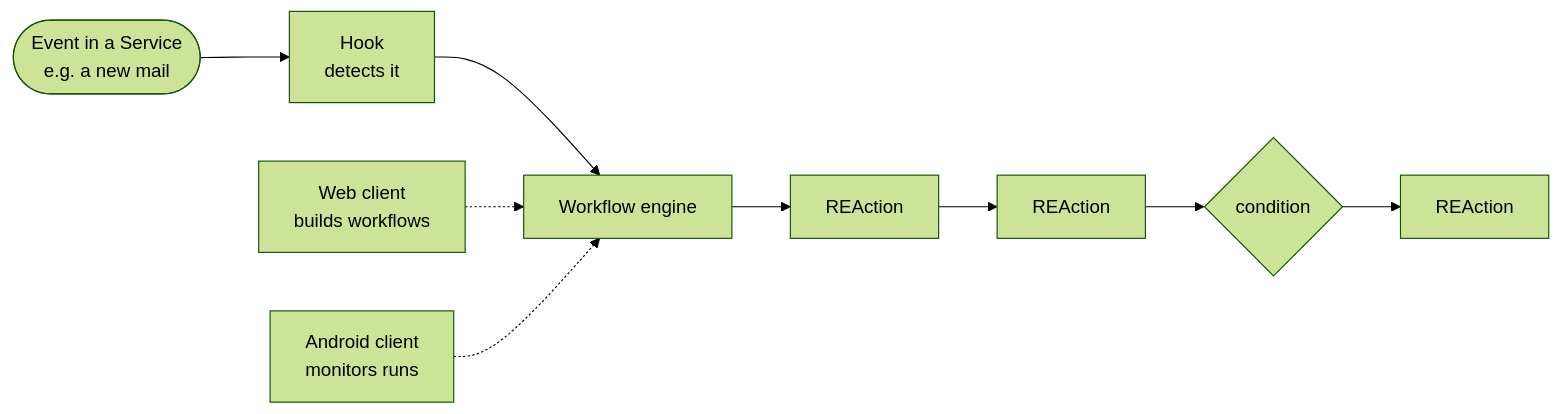
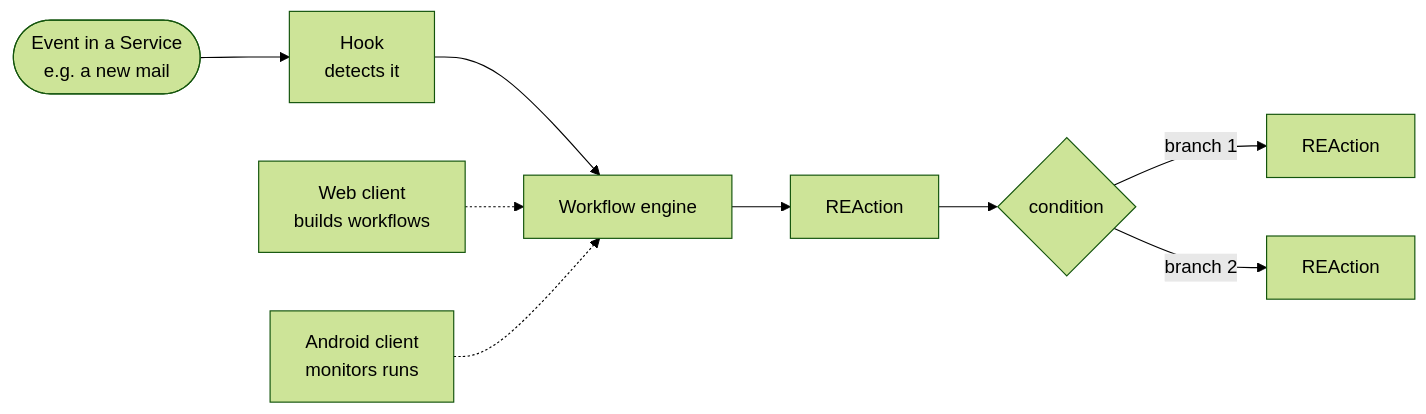
The diagram in README.md (Nexlein/Area-Flow), drawn with Mermaid (forest theme) before and after one commit. The commit also changed 6 other files, not shown here.

Commit message:
docs: fix diagrams, gantt titles and the deliverables index

````diff
--- a/README.md
+++ b/README.md
@@ -10,6 +10,8 @@
 ```mermaid
 flowchart LR
-  E([Event in a Service<br/>e.g. a new mail]) --> H[Hook<br/>detects it] --> W[Workflow engine] --> R1[REAction] --> R2[REAction] --> C{condition} --> R3[REAction]
+  E([Event in a Service<br/>e.g. a new mail]) --> H[Hook<br/>detects it] --> W[Workflow engine] --> R1[REAction] --> C{condition}
+  C -->|branch 1| R2[REAction]
+  C -->|branch 2| R3[REAction]
   B[Web client<br/>builds workflows] -.-> W
   M[Android client<br/>monitors runs] -.-> W
 ```
````
